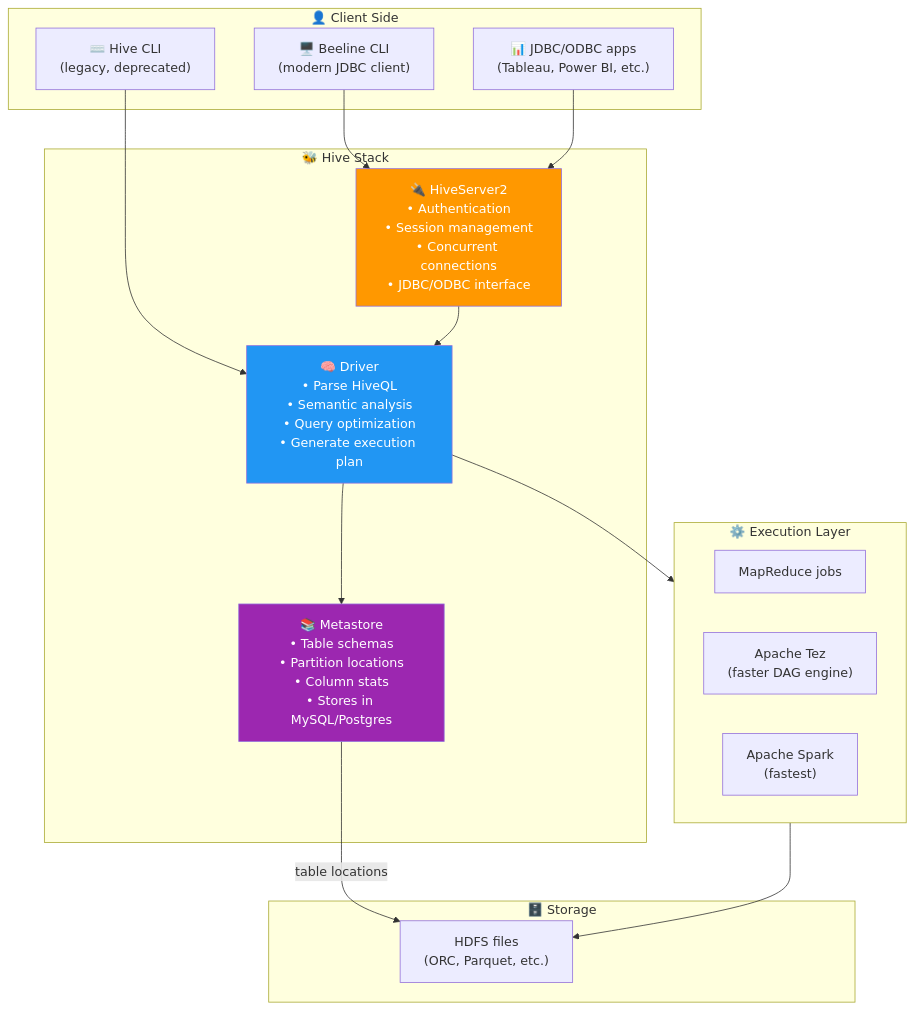
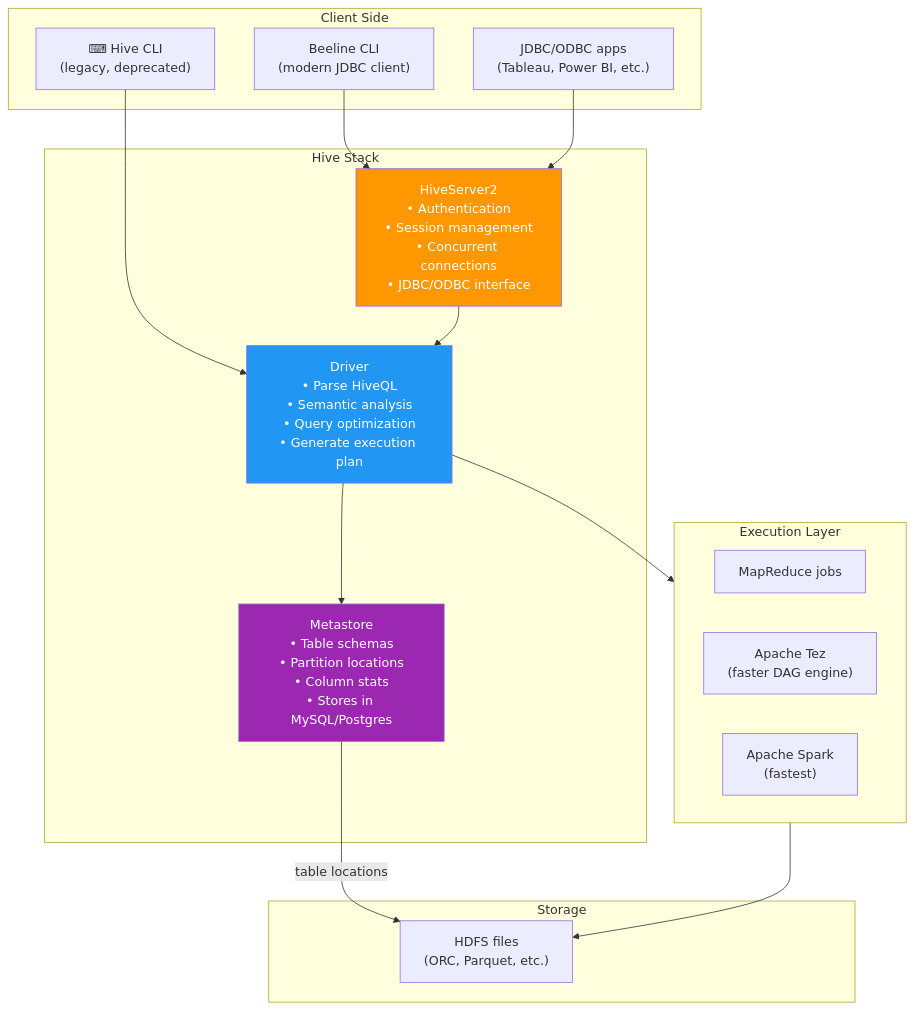
Before and after one commit to NK2552003/Big-Data-Survival-Guide: the second of 6 diagrams in UNITS/UNIT 4/unit-4-english-fun.md, drawn with Mermaid. The commit also changed other lines of this file and 78 other files, not shown here.

````diff
--- a/UNITS/UNIT 4/unit-4-english-fun.md
+++ b/UNITS/UNIT 4/unit-4-english-fun.md
@@ -481,36 +481,36 @@
 ```mermaid
 flowchart TB
-    subgraph ClientSide["👤 Client Side"]
-        BL["🖥️ Beeline CLI\n(modern JDBC client)"]
-        JDBC["📊 JDBC/ODBC apps\n(Tableau, Power BI, etc.)"]
-        OldCLI["⌨️ Hive CLI\n(legacy, deprecated)"]
-    end
+ subgraph ClientSide[" Client Side"]
+ BL[" Beeline CLI\n(modern JDBC client)"]
+ JDBC[" JDBC/ODBC apps\n(Tableau, Power BI, etc.)"]
+ OldCLI["⌨ Hive CLI\n(legacy, deprecated)"]
+ end
 
-    subgraph HiveStack["🐝 Hive Stack"]
-        HS2["🔌 HiveServer2\n• Authentication\n• Session management\n• Concurrent connections\n• JDBC/ODBC interface"]
-        Driver["🧠 Driver\n• Parse HiveQL\n• Semantic analysis\n• Query optimization\n• Generate execution plan"]
-        Meta["📚 Metastore\n• Table schemas\n• Partition locations\n• Column stats\n• Stores in MySQL/Postgres"]
-    end
+ subgraph HiveStack[" Hive Stack"]
+ HS2[" HiveServer2\n• Authentication\n• Session management\n• Concurrent connections\n• JDBC/ODBC interface"]
+ Driver[" Driver\n• Parse HiveQL\n• Semantic analysis\n• Query optimization\n• Generate execution plan"]
+ Meta[" Metastore\n• Table schemas\n• Partition locations\n• Column stats\n• Stores in MySQL/Postgres"]
+ end
 
-    subgraph Execution["⚙️ Execution Layer"]
-        MR["MapReduce jobs"]
-        Tez["Apache Tez\n(faster DAG engine)"]
-        Spark["Apache Spark\n(fastest)"]
-    end
+ subgraph Execution[" Execution Layer"]
+ MR["MapReduce jobs"]
+ Tez["Apache Tez\n(faster DAG engine)"]
+ Spark["Apache Spark\n(fastest)"]
+ end
 
-    subgraph Storage["🗄️ Storage"]
-        HDFS["HDFS files\n(ORC, Parquet, etc.)"]
-    end
+ subgraph Storage[" Storage"]
+ HDFS["HDFS files\n(ORC, Parquet, etc.)"]
+ end
 
-    BL & JDBC --> HS2
-    OldCLI --> Driver
-    HS2 --> Driver
-    Driver --> Meta
-    Driver --> Execution
-    Execution --> HDFS
-    Meta -->|"table locations"| HDFS
+ BL & JDBC --> HS2
+ OldCLI --> Driver
+ HS2 --> Driver
+ Driver --> Meta
+ Driver --> Execution
+ Execution --> HDFS
+ Meta -->|"table locations"| HDFS
 
-    style HS2 fill:#FF9800,color:#fff
-    style Driver fill:#2196F3,color:#fff
-    style Meta fill:#9C27B0,color:#fff
+ style HS2 fill:#FF9800,color:#fff
+ style Driver fill:#2196F3,color:#fff
+ style Meta fill:#9C27B0,color:#fff
 ```
````
